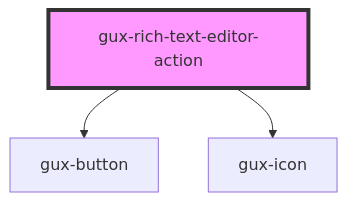
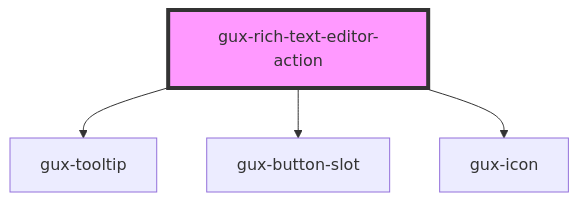
The diagram in packages/genesys-spark-components/src/components/beta/gux-rich-text-editor/gux-rich-text-editor-action/readme.md (MyPureCloud/genesys-spark), drawn with Mermaid before and after one commit. The commit also changed other lines of this file and 6 other files, not shown here.

First line of the commit message:
perf(other): rich-text-editor

````diff
--- a/packages/genesys-spark-components/src/components/beta/gux-rich-text-editor/gux-rich-text-editor-action/readme.md
+++ b/packages/genesys-spark-components/src/components/beta/gux-rich-text-editor/gux-rich-text-editor-action/readme.md
@@ -42,6 +43,7 @@
 ```mermaid
 graph TD;
-  gux-rich-text-editor-action --> gux-button
+  gux-rich-text-editor-action --> gux-tooltip
+  gux-rich-text-editor-action --> gux-button-slot
   gux-rich-text-editor-action --> gux-icon
   style gux-rich-text-editor-action fill:#f9f,stroke:#333,stroke-width:4px
 ```
````
